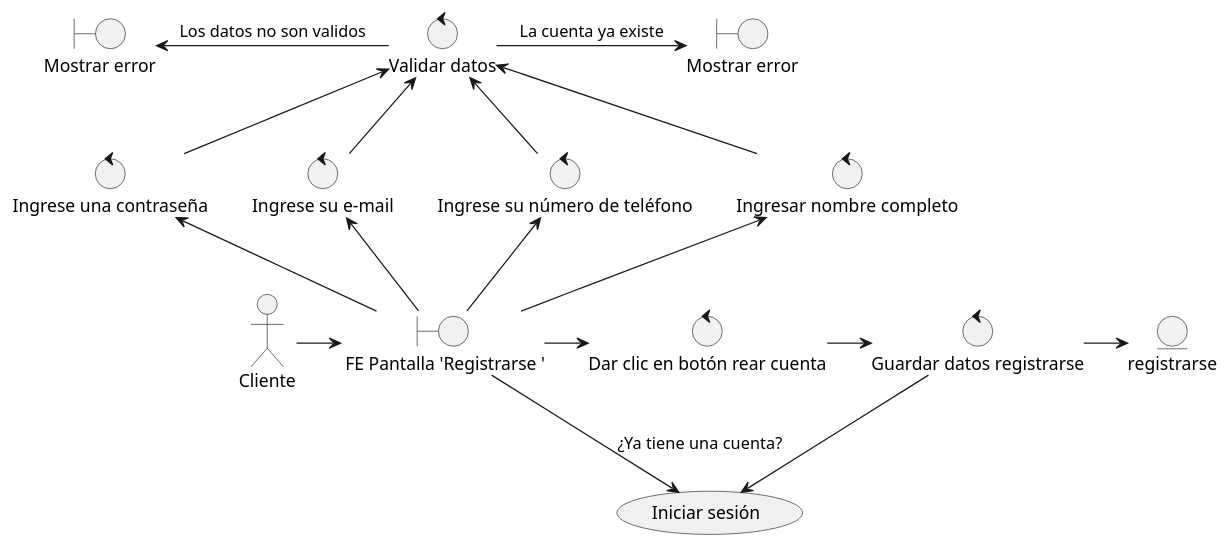
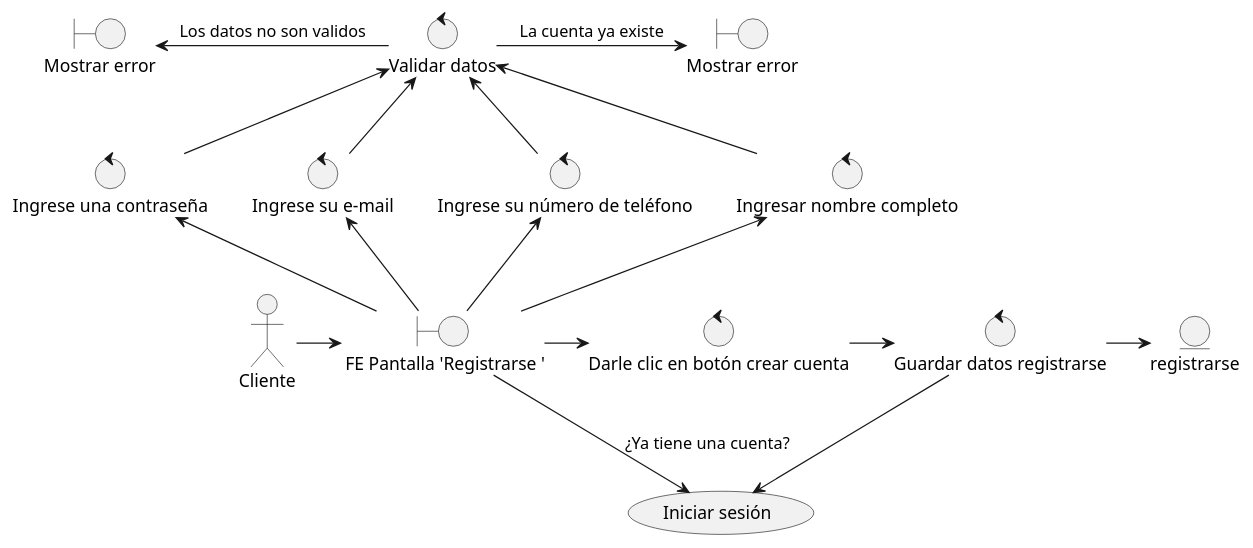
The diagram in Diagrama Robustez/registrarse.puml (SofiGarcia09/um-2024-ds-comprodigios), drawn with PlantUML before and after one commit. The commit also changed 1 other file, not shown here.

Commit message:
Diagrama robustez

```diff
--- a/Diagrama Robustez/registrarse.puml
+++ b/Diagrama Robustez/registrarse.puml
@@ -1,40 +1,40 @@
 @startuml
 
 actor Cliente as cliente
 boundary " FE Pantalla 'Registrarse '" as feRegistrarse
 cliente -> feRegistrarse
 
 control "Ingresar nombre completo" as ingresarNombreCompleto
 feRegistrarse -up-> ingresarNombreCompleto
 control "Ingrese su número de teléfono" as ingreseTelefono
 feRegistrarse -up-> ingreseTelefono
 control "Ingrese su e-mail" as ingresarEmail
 feRegistrarse -up-> ingresarEmail
 control "Ingrese una contraseña" as ingresarContraseña
 feRegistrarse -up-> ingresarContraseña
 
 control "Validar datos" as validarDatos
 ingresarNombreCompleto -up-> validarDatos
 ingreseTelefono -up-> validarDatos
 ingresarEmail -up-> validarDatos
 ingresarContraseña -up-> validarDatos
 
 boundary "Mostrar error" as error 
 validarDatos -left-> error: Los datos no son validos
 
 boundary "Mostrar error" as mostrarError
 validarDatos -> mostrarError: La cuenta ya existe 
 
-control "Dar clic en botón rear cuenta" as crearCuenta
+control "Darle clic en botón crear cuenta" as crearCuenta
 feRegistrarse -> crearCuenta
 
 control "Guardar datos registrarse" as datosRegistrarse
 crearCuenta -> datosRegistrarse
 entity registrarse as registro
 datosRegistrarse -> registro
 usecase "Iniciar sesión" as iniciarSesion
 datosRegistrarse -down-> iniciarSesion
 
 feRegistrarse-down->iniciarSesion: ¿Ya tiene una cuenta?
 
 @enduml
```
